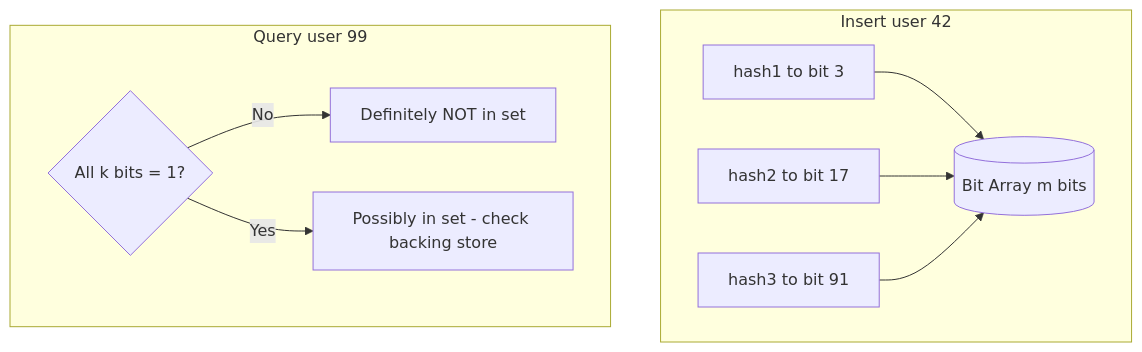
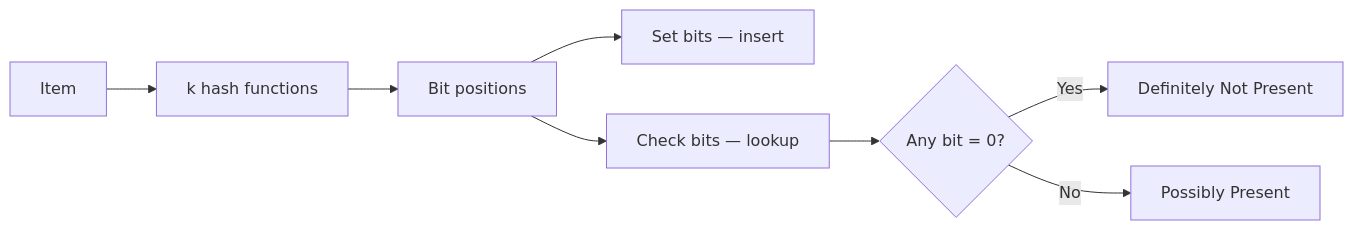
Before and after one commit to hareramcse/SystemDesign: the fourth of 19 diagrams in 13-advanced-topics/README.md, drawn with Mermaid. The commit also changed other lines of this file, not shown here.

````diff
--- a/13-advanced-topics/README.md
+++ b/13-advanced-topics/README.md
@@ -55,13 +196,10 @@
 ```mermaid
-flowchart TB
-    subgraph Insert[Insert user 42]
-        H1[hash1 to bit 3] --> B[(Bit Array m bits)]
-        H2[hash2 to bit 17] --> B
-        H3[hash3 to bit 91] --> B
-    end
-    subgraph Query[Query user 99]
-        Q1{All k bits = 1?}
-        Q1 -->|No| DEF[Definitely NOT in set]
-        Q1 -->|Yes| MAYBE[Possibly in set - check backing store]
-    end
+flowchart LR
+    Item[Item] --> Hash[k hash functions]
+    Hash --> Bits[Bit positions]
+    Bits --> Insert[Set bits — insert]
+    Bits --> Check[Check bits — lookup]
+    Check --> Any0{Any bit = 0?}
+    Any0 -->|Yes| DefNot[Definitely Not Present]
+    Any0 -->|No| Maybe[Possibly Present]
 ```
````
